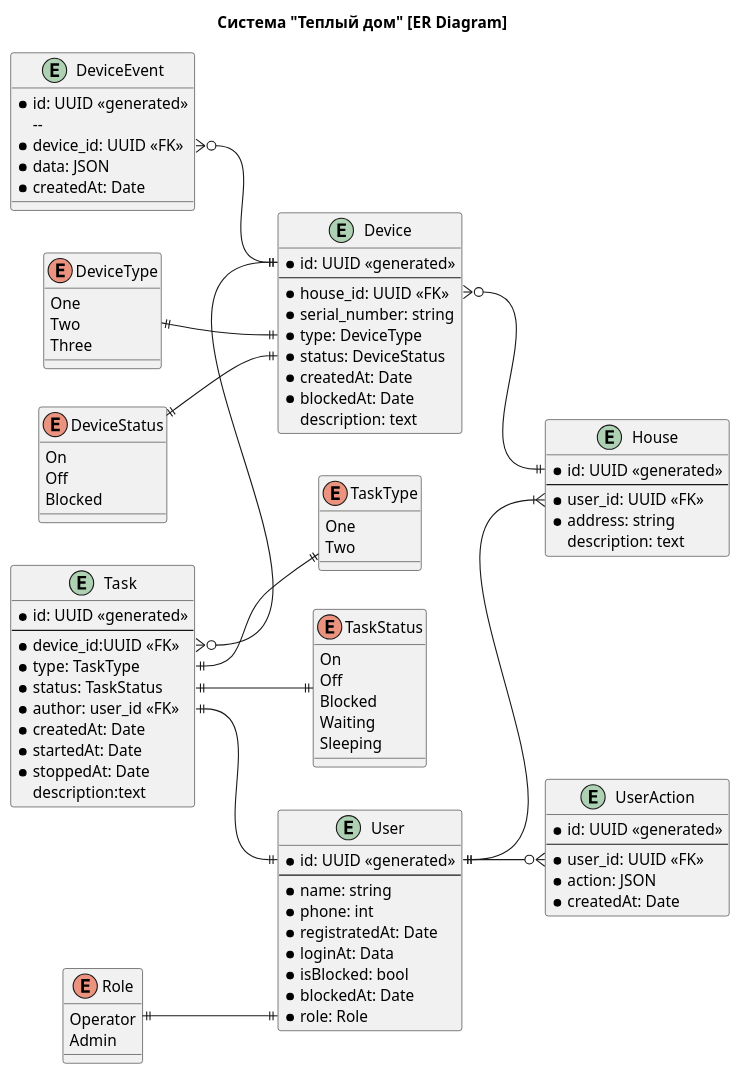
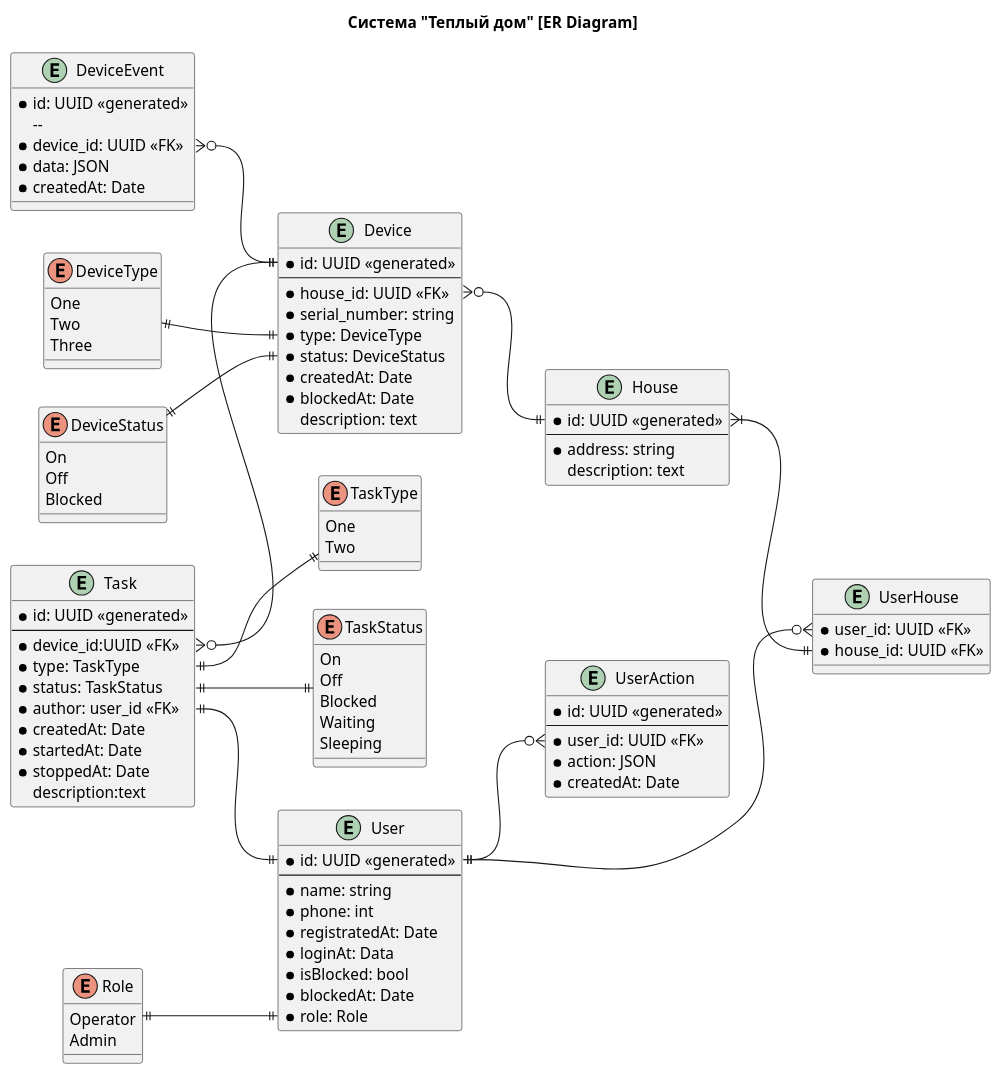
Before and after one commit to user194583/architecture-sprint-3: the diagram in docs/er_diagram.puml, drawn with PlantUML. The commit also changed 1 other file, not shown here.

Commit message:
Add to ER diagram  many-to-many for User-House relation

```diff
--- a/docs/er_diagram.puml
+++ b/docs/er_diagram.puml
@@ -1,112 +1,117 @@
 @startuml
 title Система "Теплый дом" [ER Diagram]
 
 left to right direction
 
 entity User {
     * id: UUID <<generated>>
     --
     * name: string
     * phone: int
     * registratedAt: Date
     * loginAt: Data
     * isBlocked: bool
     * blockedAt: Date
     * role: Role
 }
 
 entity House {
    * id: UUID <<generated>>
    --
-   * user_id: UUID <<FK>>
    * address: string
      description: text
+}
+
+entity UserHouse {
+    * user_id: UUID <<FK>>
+    * house_id: UUID <<FK>>
 }
 
 enum Role {
     Operator
     Admin
 }
 
-User::id ||--|{ House::user_id
+User::id ||--o{ UserHouse::user_id
+House::id }|--|| UserHouse::house_id
 Role ||--|| User::role
 
 entity UserAction {
     * id: UUID <<generated>>
     --
     * user_id: UUID <<FK>>
     * action: JSON
     * createdAt: Date
 }
 
 User::id ||--o{ UserAction::user_id
 
 entity DeviceEvent {
     * id: UUID <<generated>>
     -- 
     * device_id: UUID <<FK>>
     * data: JSON
     * createdAt: Date
 }
 
 enum DeviceType {
     One
     Two
     Three
 }
 
 enum DeviceStatus {
     On
     Off
     Blocked
 }
 
 entity Device {
     * id: UUID <<generated>>
     --
     * house_id: UUID <<FK>>
     * serial_number: string
     * type: DeviceType
     * status: DeviceStatus
     * createdAt: Date
     * blockedAt: Date
       description: text
 }
 
 DeviceType ||--|| Device::type
 DeviceStatus ||--|| Device::status
 DeviceEvent::device_id }o--|| Device::id
 Device::house_id }o--|| House::id
 
 enum TaskType {
     One
     Two
 }
 
 enum TaskStatus {
     On
     Off
     Blocked
     Waiting
     Sleeping
 }
 
 entity Task {
    * id: UUID <<generated>>
    --
    * device_id:UUID <<FK>>
    * type: TaskType
    * status: TaskStatus
    * author: user_id <<FK>> 
    * createdAt: Date
    * startedAt: Date
    * stoppedAt: Date
      description:text
 }
 
 Task::type ||--|| TaskType
 Task::status ||--|| TaskStatus
 Task::device_id }o--|| Device::id
 Task::user_id ||--|| User::id
 
 @enduml
```
